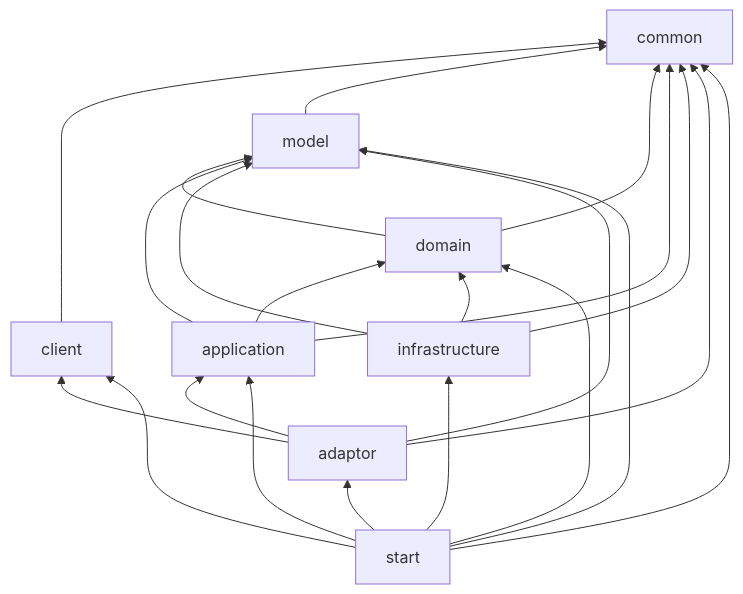
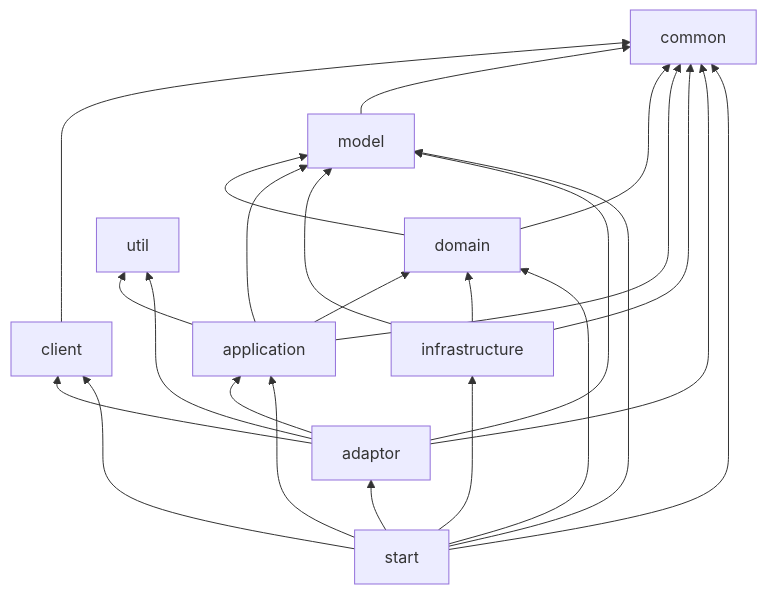
Before and after one commit to tcmonkey/hello-travel: the second of 5 diagrams in AI/output/04 技术方案.md, drawn with Mermaid. The commit also changed other lines of this file and 307 other files, not shown here.

````diff
--- a/AI/output/04 技术方案.md
+++ b/AI/output/04 技术方案.md
@@ -97,24 +98,26 @@
 ```mermaid
 flowchart BT
   client --> common
   model --> common
   domain --> common
   domain --> model
   application --> domain
   application --> model
   application --> common
+  application --> util
   infrastructure --> domain
   infrastructure --> model
   infrastructure --> common
   adaptor --> application
   adaptor --> client
   adaptor --> model
   adaptor --> common
+  adaptor --> util
   start --> adaptor
   start --> infrastructure
   start --> application
   start --> domain
   start --> client
   start --> model
   start --> common
 ```
````
